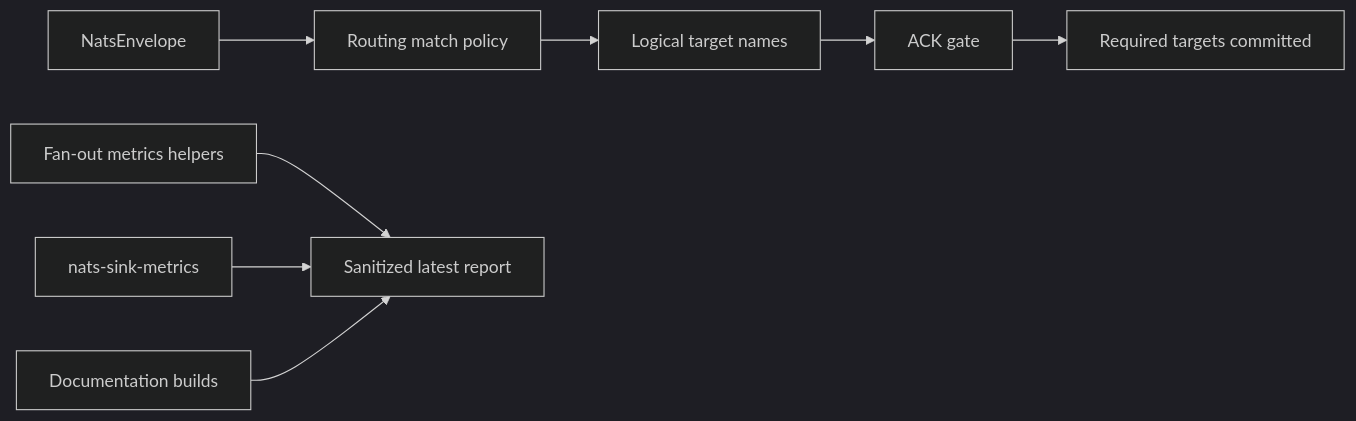
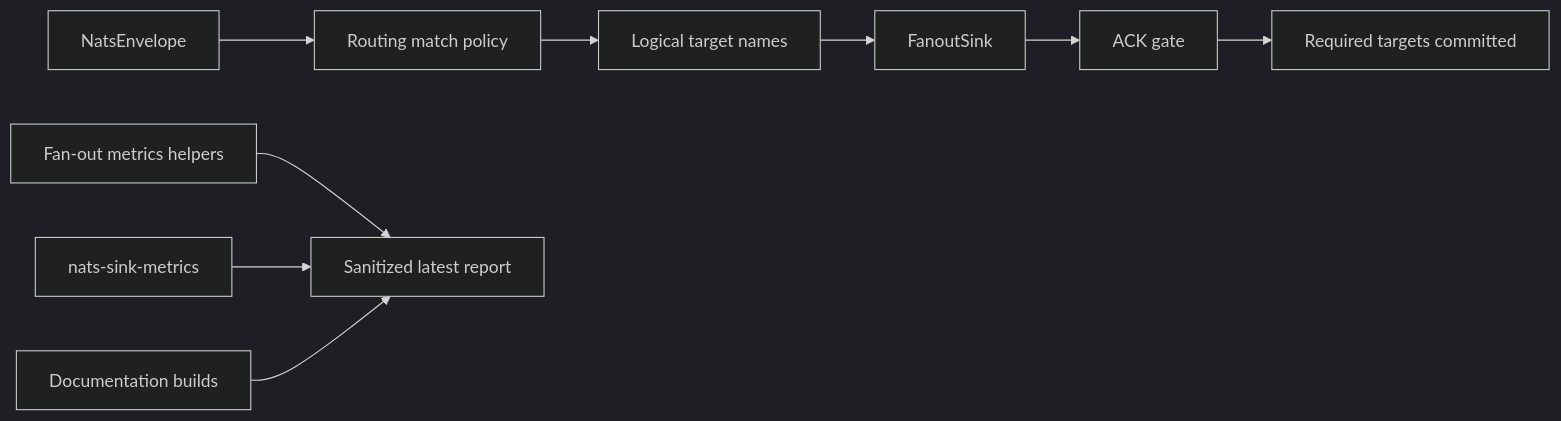
One commit to ProjectCuillin/nats-sinks changed the diagram in docs/test-report.md. Above: the diagram before and after it, drawn with Mermaid (dark theme). The commit also changed other lines of this file and 34 other files, not shown here.

Commit message:
Implement core fanout sink orchestration

````diff
--- a/docs/test-report.md
+++ b/docs/test-report.md
@@ -33,10 +33,11 @@
 ```mermaid
 flowchart LR
     Env[NatsEnvelope] --> Policy[Routing match policy]
     Policy --> Targets[Logical target names]
-    Targets --> AckGate[ACK gate]
+    Targets --> FanoutSink[FanoutSink]
+    FanoutSink --> AckGate[ACK gate]
     AckGate --> Commit[Required targets committed]
     Metrics[Fan-out metrics helpers] --> Report[Sanitized latest report]
     CLI[nats-sink-metrics] --> Report
     Docs[Documentation builds] --> Report
 ```
````
